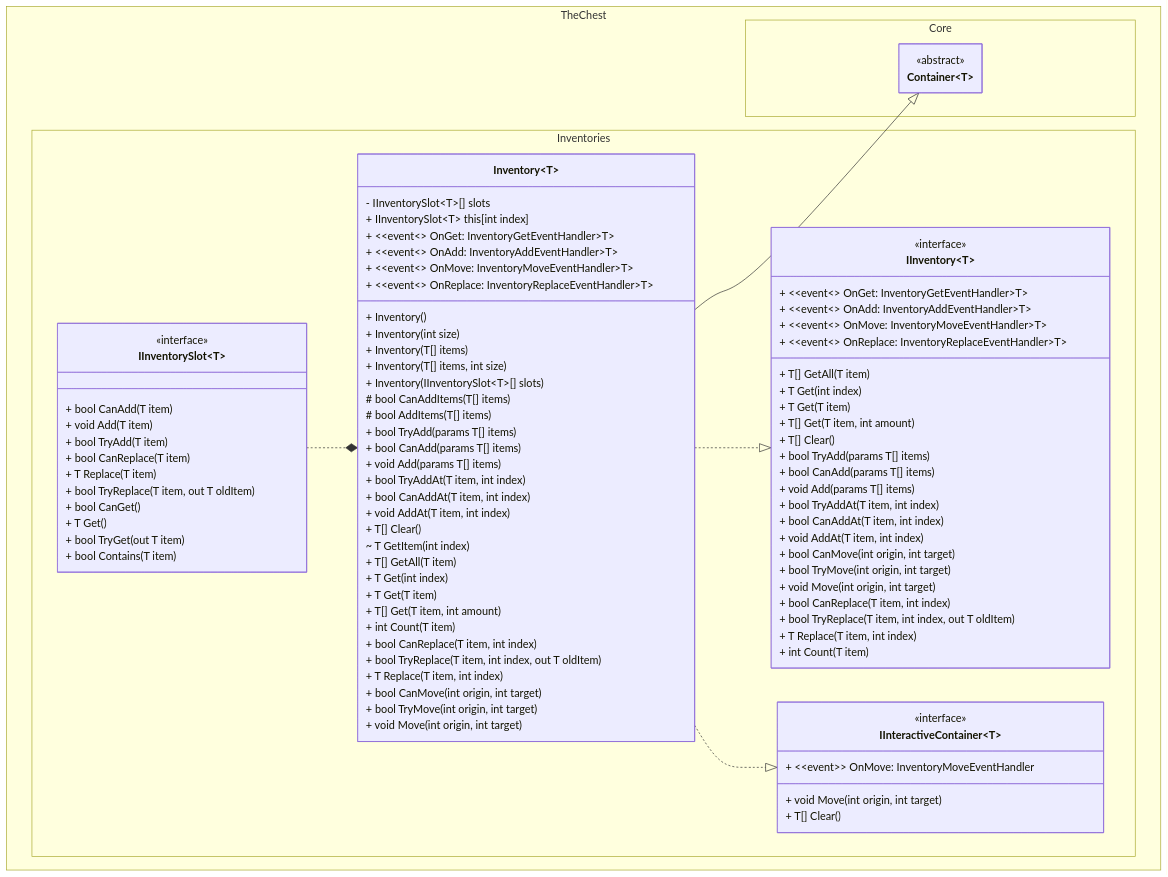
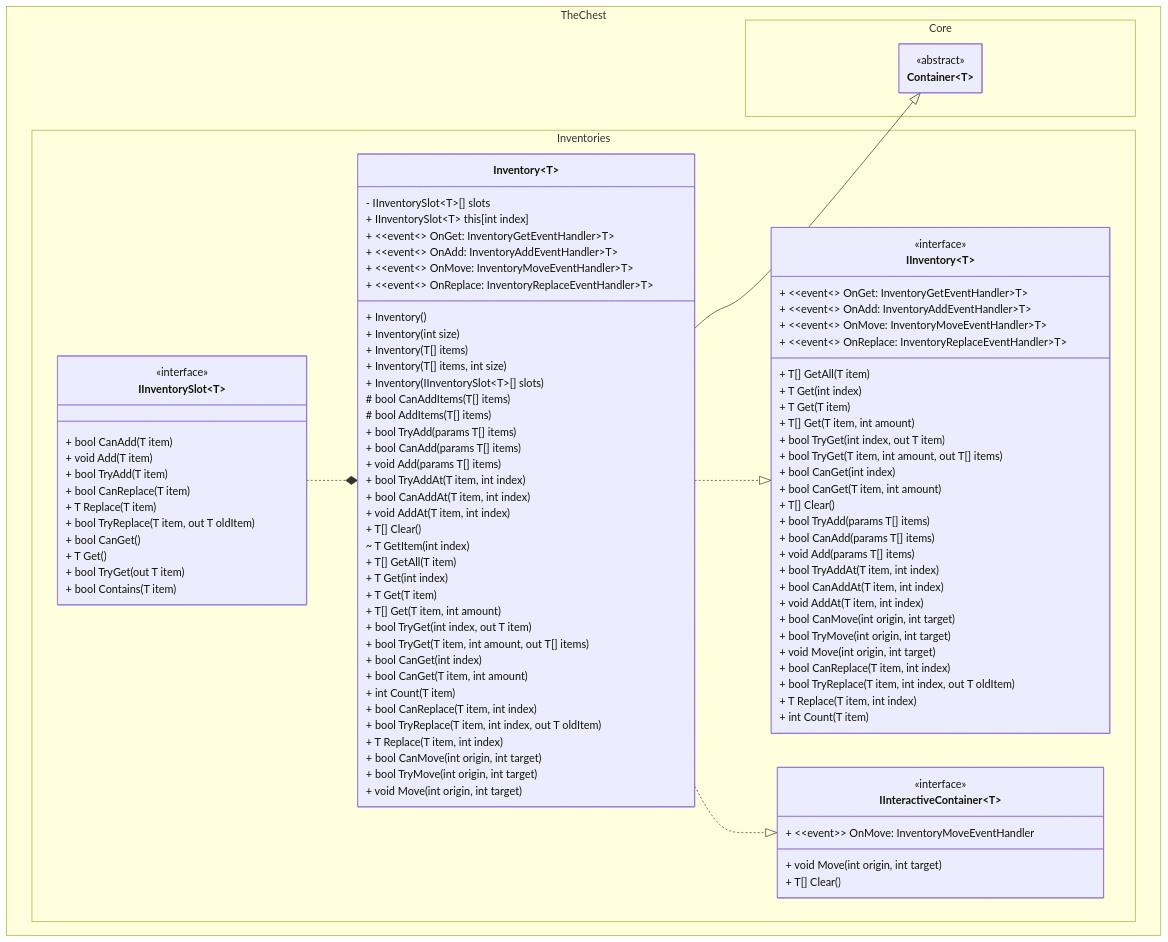
Before and after one commit to The-Chest/TheChest.Inventories: the first of 2 diagrams in docs/inventory/class_diagram.md, drawn with Mermaid.

Commit message:
Changes in ClassDiagram for IInventory

```diff
--- a/docs/inventory/class_diagram.md
+++ b/docs/inventory/class_diagram.md
@@ -26,6 +26,10 @@
 	        + T Get(int index)
 	        + T Get(T item)
 	        + T[] Get(T item, int amount)
+			+ bool TryGet(int index, out T item)
+			+ bool TryGet(T item, int amount, out T[] items)
+			+ bool CanGet(int index)
+			+ bool CanGet(T item, int amount)
 
 	        + T[] Clear()
 
@@ -94,6 +98,10 @@
 	        + T Get(int index)
 	        + T Get(T item)
 	        + T[] Get(T item, int amount)
+			+ bool TryGet(int index, out T item)
+			+ bool TryGet(T item, int amount, out T[] items)
+			+ bool CanGet(int index)
+			+ bool CanGet(T item, int amount)
 
 	        + int Count(T item)
 
```
